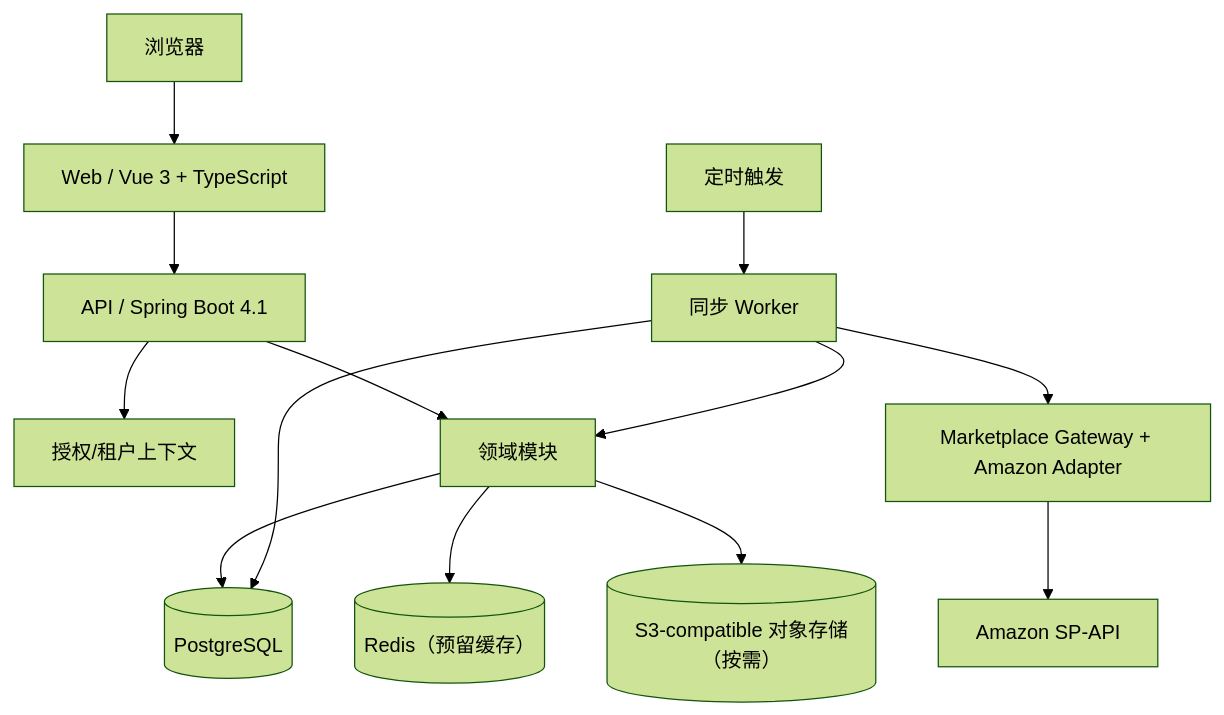
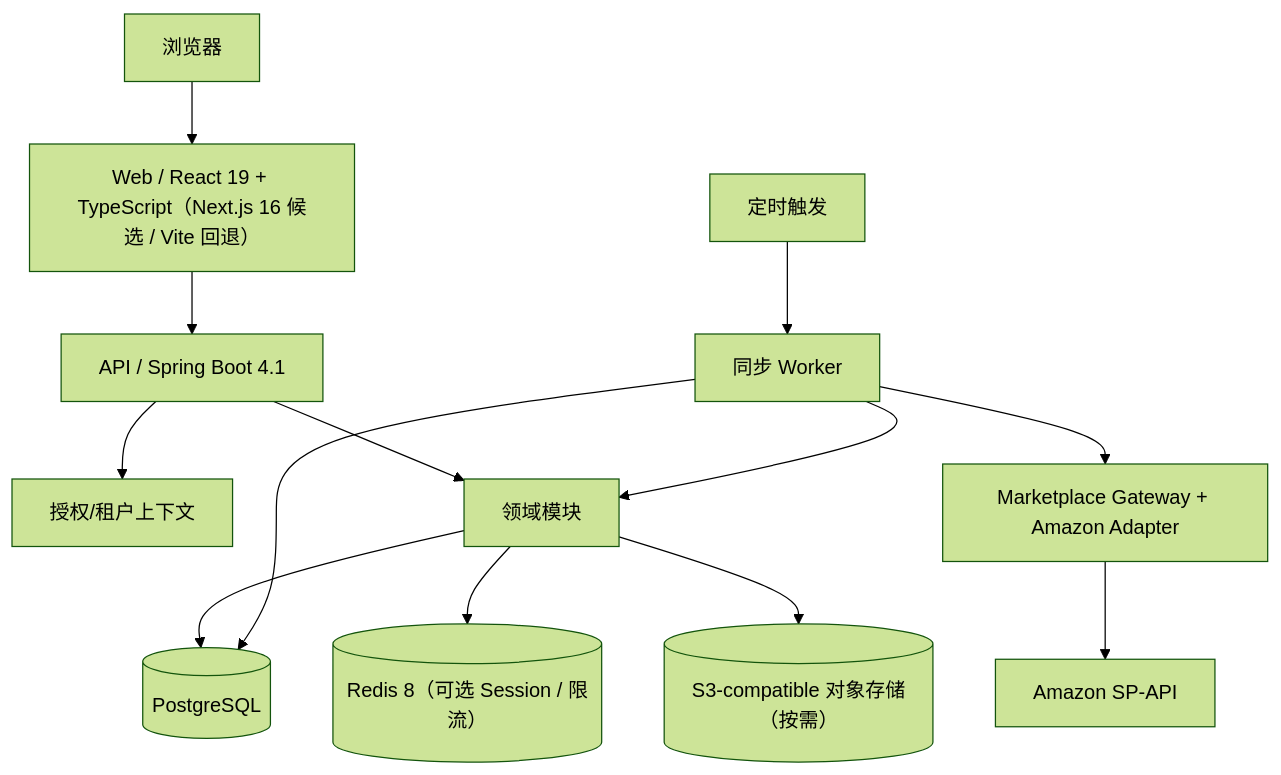
One commit to kunlong-luo/merchivra changed the second of 2 diagrams in docs/architecture/overview.md. Above: the diagram before and after it, drawn with Mermaid (forest theme). The commit also changed other lines of this file, not shown here.

Commit message:
docs(V108): remove obsolete Vue/Maven/PG17 architecture baseline and link MVP release plan

````diff
--- a/docs/architecture/overview.md
+++ b/docs/architecture/overview.md
@@ -21,15 +23,15 @@
 ```mermaid
 flowchart TB
-Browser["浏览器"] --> Web["Web / Vue 3 + TypeScript"]
+Browser["浏览器"] --> Web["Web / React 19 + TypeScript（Next.js 16 候选 / Vite 回退）"]
 Web --> API["API / Spring Boot 4.1"]
 API --> Identity["授权/租户上下文"]
 API --> Domain["领域模块"]
 Scheduler["定时触发"] --> Worker["同步 Worker"]
 Worker --> Domain
 Worker --> Adapter["Marketplace Gateway + Amazon Adapter"]
 Adapter --> SPAPI["Amazon SP-API"]
 Domain --> PG[("PostgreSQL")]
-Domain --> Redis[("Redis（预留缓存）")]
+Domain --> Redis[("Redis 8（可选 Session / 限流）")]
 Domain --> Files[("S3-compatible 对象存储（按需）")]
 Worker --> PG
 ```
````
